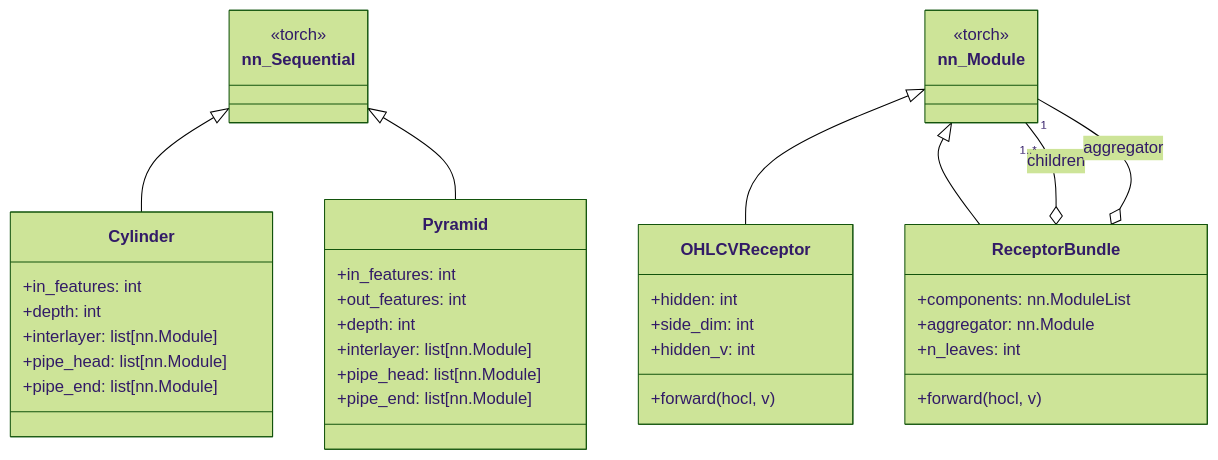
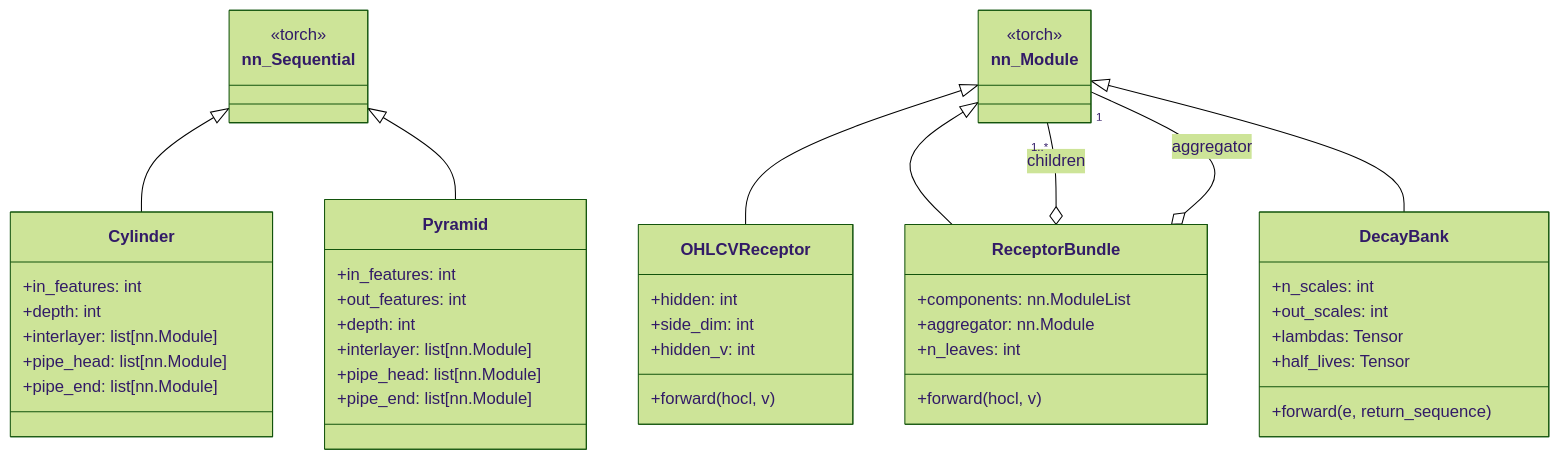
Before and after one commit to gatesplan/nnpipeline: the first of 2 diagrams in Architecture.md, drawn with Mermaid (forest theme). The commit also changed other lines of this file and 9 other files, not shown here.

First line of the commit message:
DecayBank 추가 (다중 시간스케일 지수 감쇠 상태 은행) + 설계 문서·테스트

````diff
--- a/Architecture.md
+++ b/Architecture.md
@@ -15,47 +17,56 @@
 ```mermaid
 classDiagram
     class nn_Sequential {
         <<torch>>
     }
     class nn_Module {
         <<torch>>
     }
 
     class Cylinder {
         +in_features: int
         +depth: int
         +interlayer: list[nn.Module]
         +pipe_head: list[nn.Module]
         +pipe_end: list[nn.Module]
     }
 
     class Pyramid {
         +in_features: int
         +out_features: int
         +depth: int
         +interlayer: list[nn.Module]
         +pipe_head: list[nn.Module]
         +pipe_end: list[nn.Module]
     }
 
     class OHLCVReceptor {
         +hidden: int
         +side_dim: int
         +hidden_v: int
         +forward(hocl, v)
     }
 
     class ReceptorBundle {
         +components: nn.ModuleList
         +aggregator: nn.Module
         +n_leaves: int
         +forward(hocl, v)
     }
 
+    class DecayBank {
+        +n_scales: int
+        +out_scales: int
+        +lambdas: Tensor
+        +half_lives: Tensor
+        +forward(e, return_sequence)
+    }
+
     nn_Sequential <|-- Cylinder
     nn_Sequential <|-- Pyramid
     nn_Module <|-- OHLCVReceptor
     nn_Module <|-- ReceptorBundle
+    nn_Module <|-- DecayBank
     ReceptorBundle o-- "1..*" nn_Module : children
     ReceptorBundle o-- "1" nn_Module : aggregator
 ```
````
